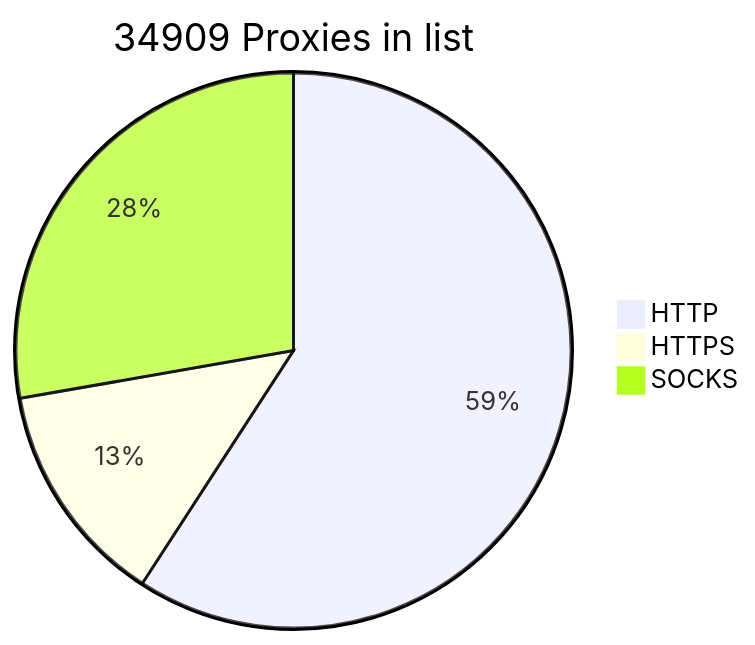
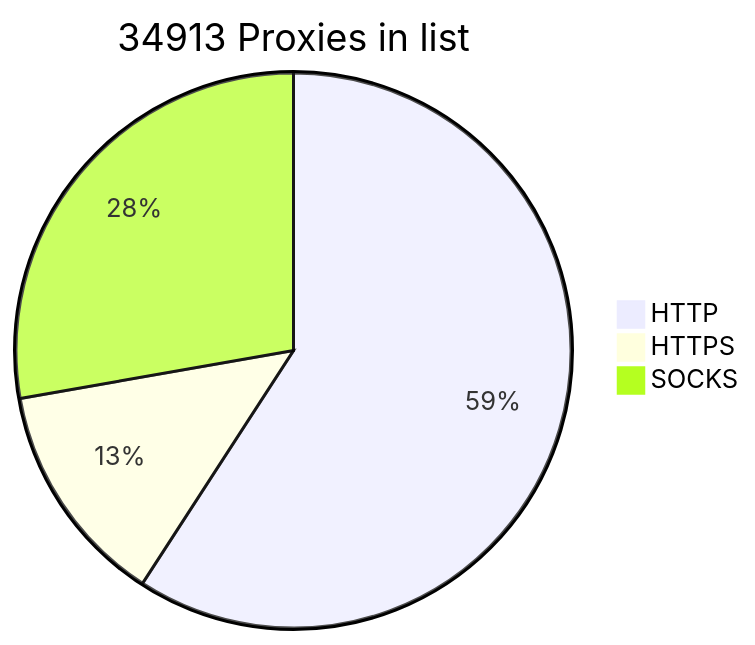
The diagram in README.md (BlackSnowDot/proxylist-update-every-minute), drawn with Mermaid before and after one commit.

````diff
--- a/README.md
+++ b/README.md
@@ -2,6 +2,6 @@
 ```mermaid
-pie title 34909 Proxies in list
+pie title 34913 Proxies in list
     "HTTP" : 22912
     "HTTPS": 5066
-    "SOCKS" : 10750
+    "SOCKS" : 10754
 ```
````
